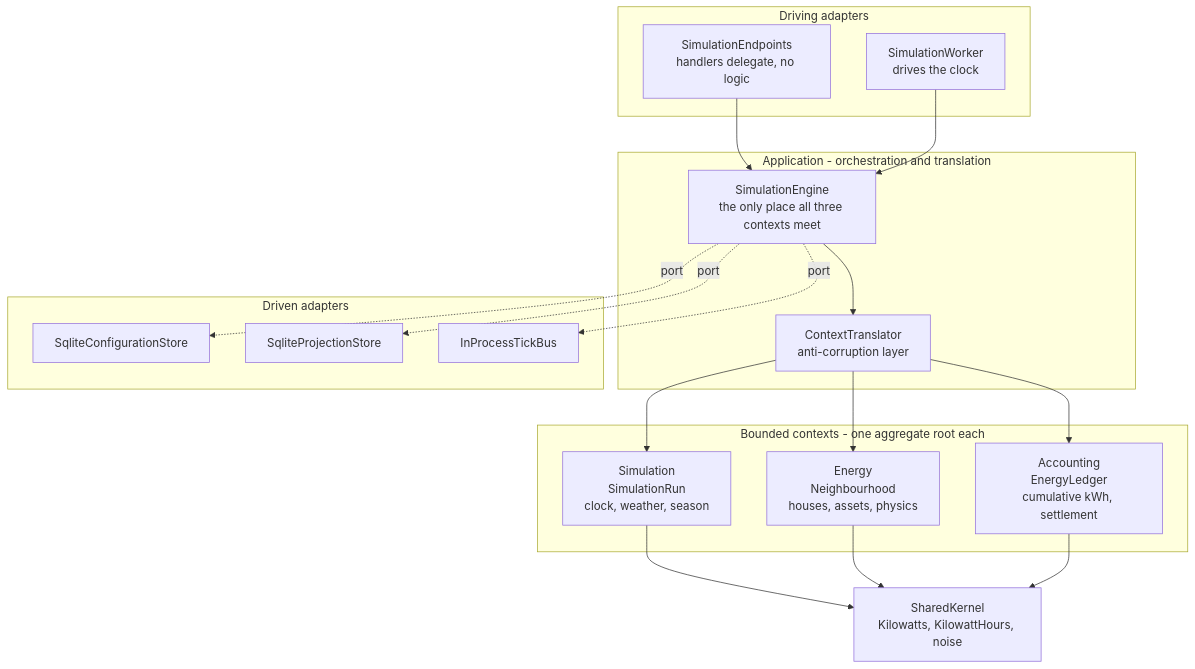
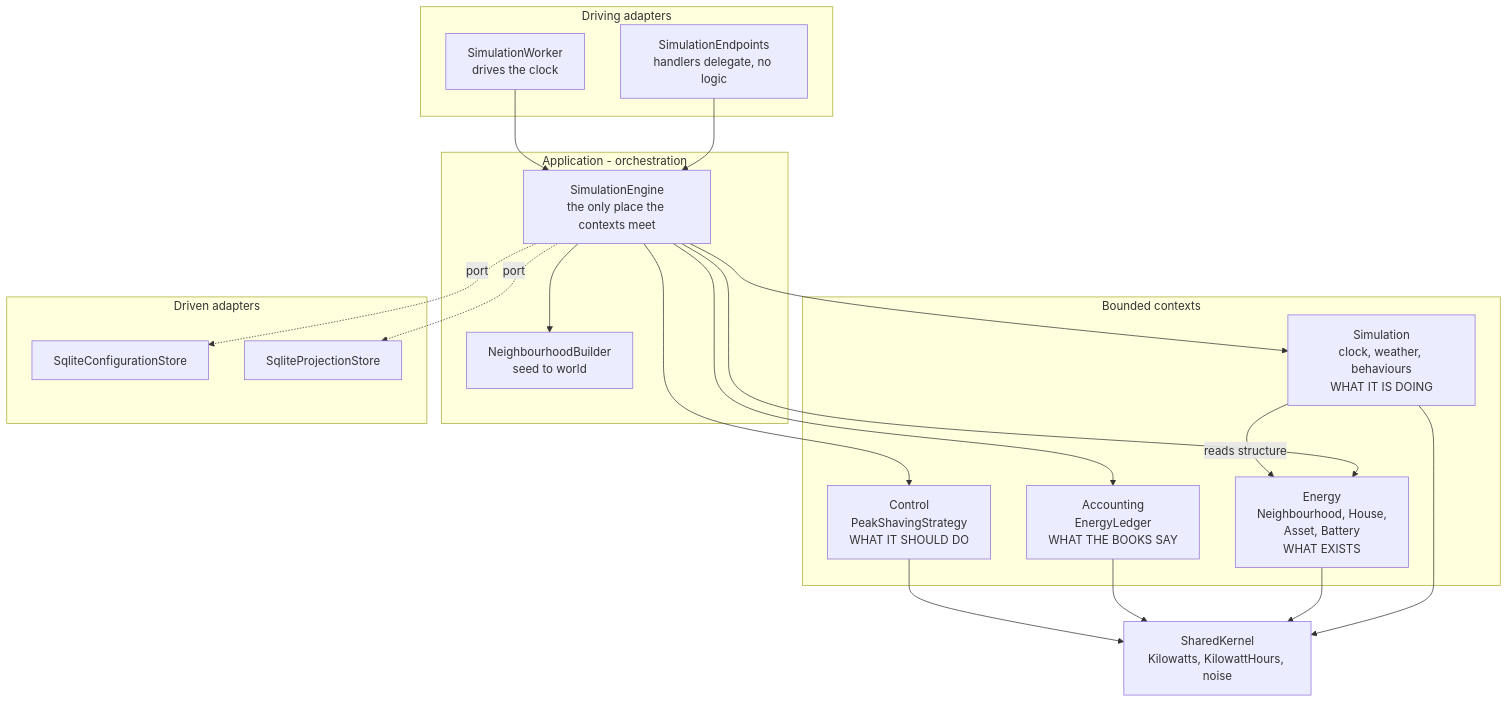
The third of 5 diagrams in docs/c4.md (isaacgarciawh3/EnergySimulator), drawn with Mermaid before and after one commit. The commit also changed other lines of this file and 26 other files, not shown here.

````diff
--- a/docs/c4.md
+++ b/docs/c4.md
@@ -42,39 +42,41 @@
 ```mermaid
 flowchart TB
     subgraph driving["Driving adapters"]
         REST["SimulationEndpoints<br/>handlers delegate, no logic"]
         WORKER["SimulationWorker<br/>drives the clock"]
     end
 
-    subgraph app["Application - orchestration and translation"]
-        ENGINE["SimulationEngine<br/>the only place all three contexts meet"]
-        ACL["ContextTranslator<br/>anti-corruption layer"]
+    subgraph app["Application - orchestration"]
+        ENGINE["SimulationEngine<br/>the only place the contexts meet"]
+        BUILD["NeighbourhoodBuilder<br/>seed to world"]
     end
 
-    subgraph contexts["Bounded contexts - one aggregate root each"]
-        SIM["Simulation<br/>SimulationRun<br/>clock, weather, season"]
-        ENERGY["Energy<br/>Neighbourhood<br/>houses, assets, physics"]
-        ACC["Accounting<br/>EnergyLedger<br/>cumulative kWh, settlement"]
+    subgraph contexts["Bounded contexts"]
+        ENERGY["Energy<br/>Neighbourhood, House,<br/>Asset, Battery<br/>WHAT EXISTS"]
+        SIM["Simulation<br/>clock, weather, behaviours<br/>WHAT IT IS DOING"]
+        CTRL["Control<br/>PeakShavingStrategy<br/>WHAT IT SHOULD DO"]
+        ACC["Accounting<br/>EnergyLedger<br/>WHAT THE BOOKS SAY"]
     end
 
     SK["SharedKernel<br/>Kilowatts, KilowattHours, noise"]
 
     subgraph driven["Driven adapters"]
         CFG["SqliteConfigurationStore"]
         PROJ["SqliteProjectionStore"]
-        BUS["InProcessTickBus"]
     end
 
     REST --> ENGINE
     WORKER --> ENGINE
-    ENGINE --> ACL
-    ACL --> SIM
-    ACL --> ENERGY
-    ACL --> ACC
+    ENGINE --> BUILD
+    ENGINE --> SIM
+    ENGINE --> ENERGY
+    ENGINE --> CTRL
+    ENGINE --> ACC
+    SIM -->|"reads structure"| ENERGY
     SIM --> SK
     ENERGY --> SK
     ACC --> SK
+    CTRL --> SK
     ENGINE -.->|"port"| CFG
     ENGINE -.->|"port"| PROJ
-    ENGINE -.->|"port"| BUS
 ```
````
